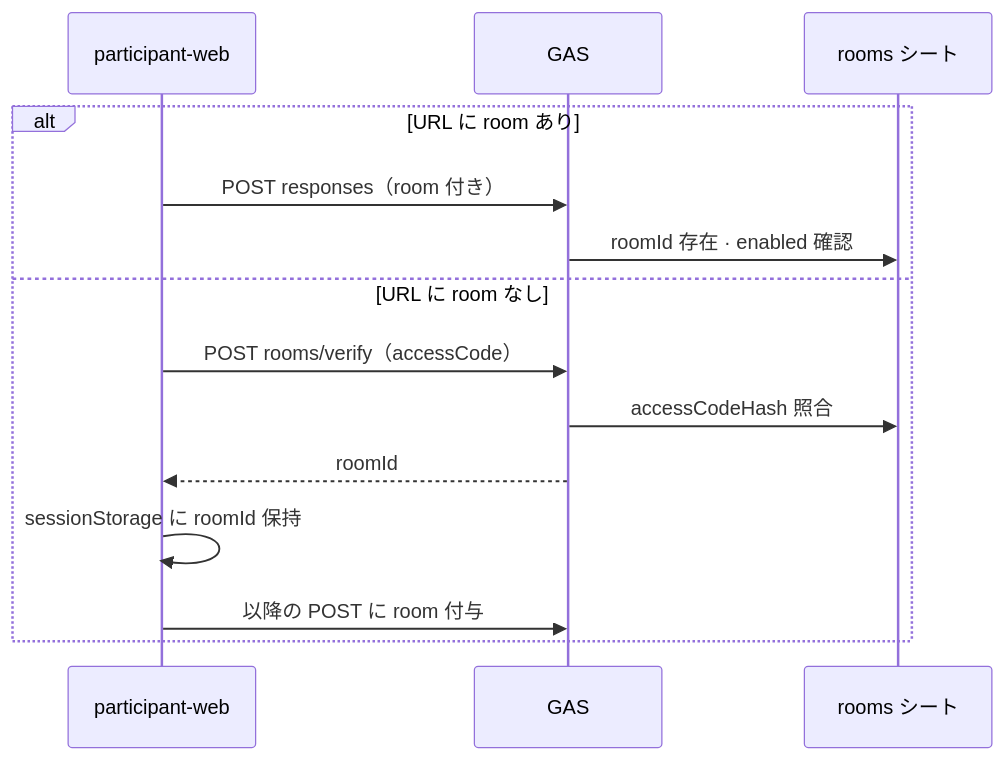
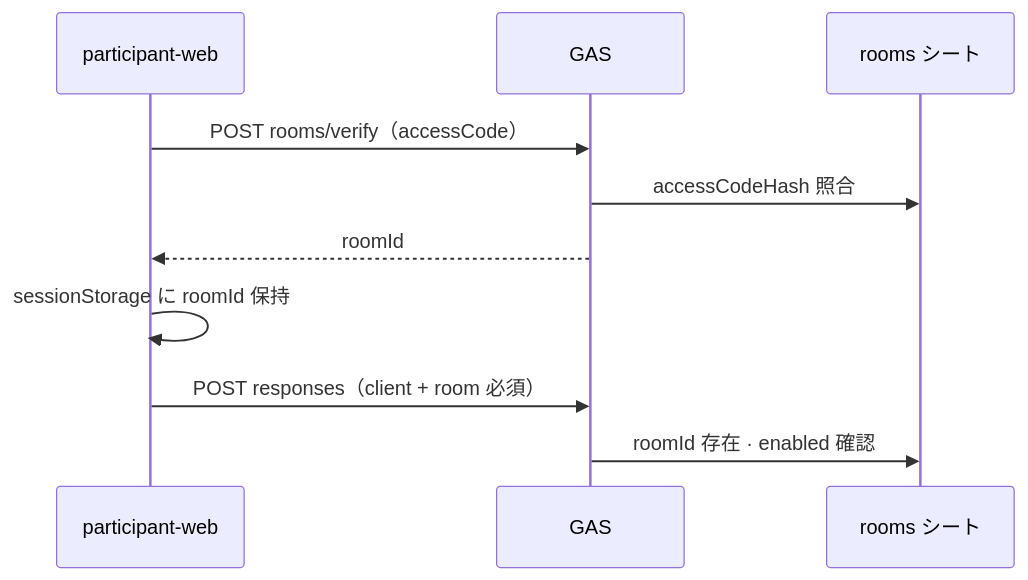
One commit to shintaro0403/experteye360 changed the fourth of 5 diagrams in docs/SPREADSHEET-DATA.md. Above: the diagram before and after it, drawn with Mermaid. The commit also changed other lines of this file and 5 other files, not shown here.

````diff
--- a/docs/SPREADSHEET-DATA.md
+++ b/docs/SPREADSHEET-DATA.md
@@ -185,17 +186,13 @@
 ```mermaid
 sequenceDiagram
   participant P as participant-web
   participant API as GAS
   participant RM as rooms シート
 
-  alt URL に room あり
-    P->>API: POST responses（room 付き）
-    API->>RM: roomId 存在 · enabled 確認
-  else URL に room なし
-    P->>API: POST rooms/verify（accessCode）
-    API->>RM: accessCodeHash 照合
-    API-->>P: roomId
-    P->>P: sessionStorage に roomId 保持
-    P->>API: 以降の POST に room 付与
-  end
+  P->>API: POST rooms/verify（accessCode）
+  API->>RM: accessCodeHash 照合
+  API-->>P: roomId
+  P->>P: sessionStorage に roomId 保持
+  P->>API: POST responses（client + room 必須）
+  API->>RM: roomId 存在 · enabled 確認
 ```
````
